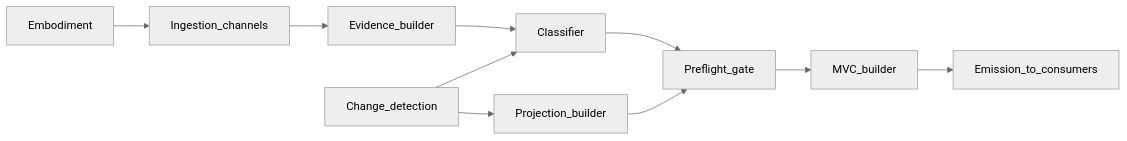
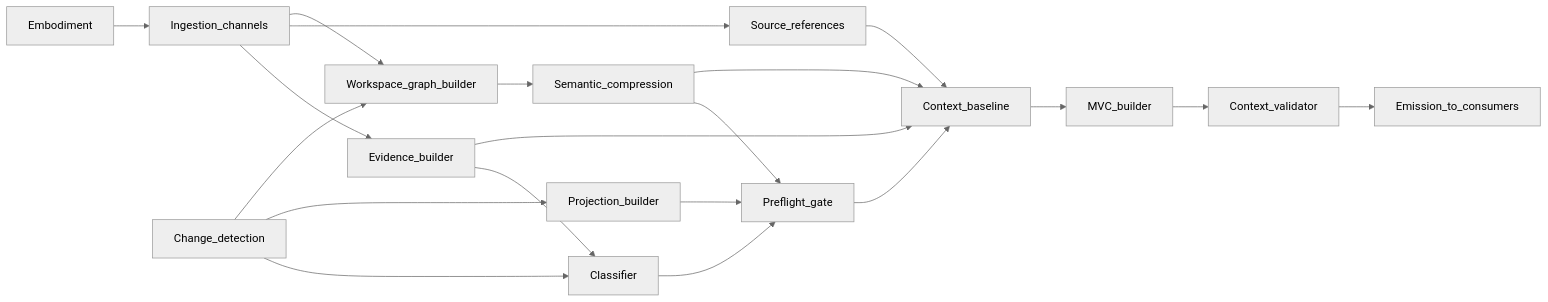
One commit to egallmann/ste-handbook changed the diagram in 08-runtime/08-09-runtime-architecture-components-and-flow.md. Above: the diagram before and after it, drawn with Mermaid (neutral theme). The commit also changed other lines of this file and 5 other files, not shown here.

````diff
--- a/08-runtime/08-09-runtime-architecture-components-and-flow.md
+++ b/08-runtime/08-09-runtime-architecture-components-and-flow.md
@@ -56,22 +68,37 @@
 ```mermaid
 flowchart LR
   Emb[Embodiment]
   Ing[Ingestion_channels]
   EvB[Evidence_builder]
+  Src[Source_references]
   Cls[Classifier]
   Chg[Change_detection]
   Prj[Projection_builder]
+  Wsg[Workspace_graph_builder]
+  Cmp[Semantic_compression]
   PF[Preflight_gate]
+  Base[Context_baseline]
   MVCb[MVC_builder]
+  Val[Context_validator]
   Out[Emission_to_consumers]
 
   Emb --> Ing
   Ing --> EvB
+  Ing --> Src
+  Ing --> Wsg
   EvB --> Cls
+  Src --> Base
   Chg --> Cls
   Chg --> Prj
+  Chg --> Wsg
+  Wsg --> Cmp
+  Prj --> PF
+  Cmp --> PF
   Cls --> PF
-  Prj --> PF
-  PF --> MVCb
-  MVCb --> Out
+  PF --> Base
+  EvB --> Base
+  Cmp --> Base
+  Base --> MVCb
+  MVCb --> Val
+  Val --> Out
 ```
````
